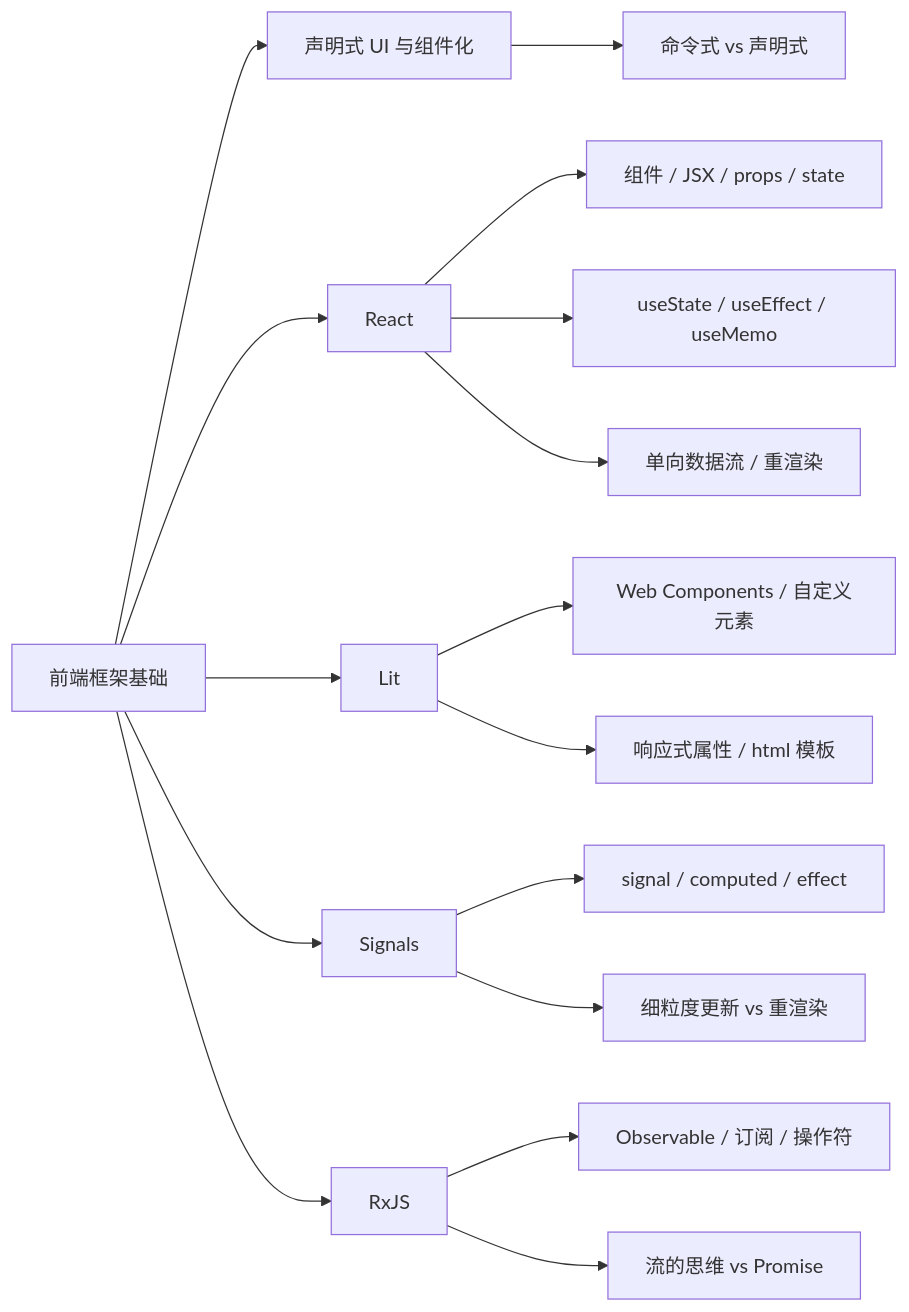
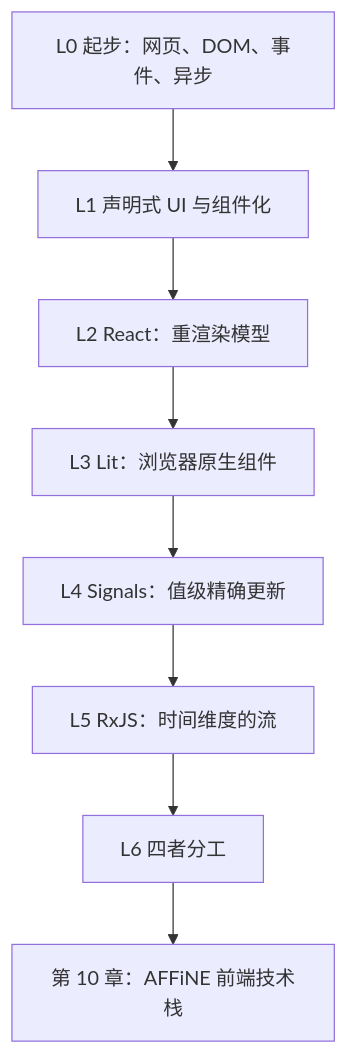
The first of 2 diagrams in learning-guide/03-编程语言与基础技术/06-前端框架基础入门-React-Lit-Signals-RxJS.md (lfire/AFFiNE), drawn with Mermaid before and after one commit. The commit also changed other lines of this file and 6 other files, not shown here.

````diff
--- a/learning-guide/03-编程语言与基础技术/06-前端框架基础入门-React-Lit-Signals-RxJS.md
+++ b/learning-guide/03-编程语言与基础技术/06-前端框架基础入门-React-Lit-Signals-RxJS.md
@@ -36,18 +81,10 @@
 ```mermaid
-flowchart LR
-  A["前端框架基础"] --> B["声明式 UI 与组件化"]
-  A --> C["React"]
-  A --> D["Lit"]
-  A --> E["Signals"]
-  A --> F["RxJS"]
-  B --> B1["命令式 vs 声明式"]
-  C --> C1["组件 / JSX / props / state"]
-  C --> C2["useState / useEffect / useMemo"]
-  C --> C3["单向数据流 / 重渲染"]
-  D --> D1["Web Components / 自定义元素"]
-  D --> D2["响应式属性 / html 模板"]
-  E --> E1["signal / computed / effect"]
-  E --> E2["细粒度更新 vs 重渲染"]
-  F --> F1["Observable / 订阅 / 操作符"]
-  F --> F2["流的思维 vs Promise"]
+flowchart TD
+  L0["L0 起步：网页、DOM、事件、异步"] --> L1["L1 声明式 UI 与组件化"]
+  L1 --> L2["L2 React：重渲染模型"]
+  L2 --> L3["L3 Lit：浏览器原生组件"]
+  L3 --> L4["L4 Signals：值级精确更新"]
+  L4 --> L5["L5 RxJS：时间维度的流"]
+  L5 --> L6["L6 四者分工"]
+  L6 --> N["第 10 章：AFFiNE 前端技术栈"]
 ```
````
